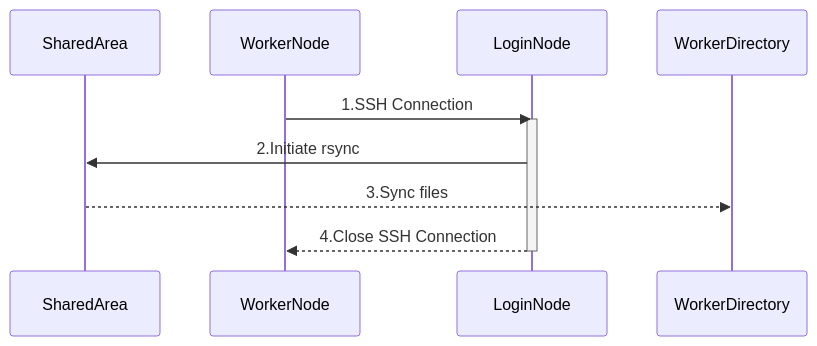
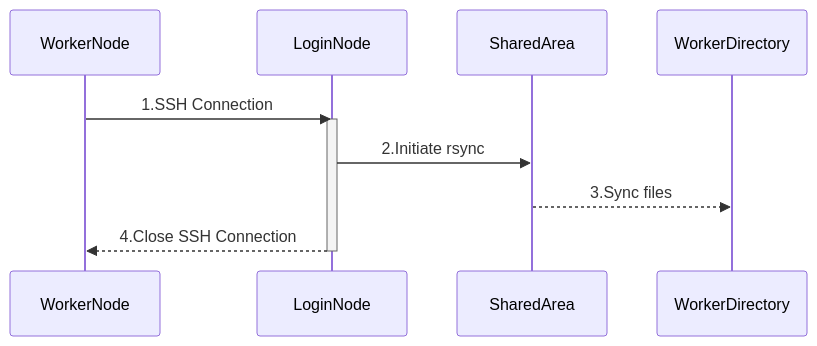
One commit to Carldkennedy/hpc_workflow_recipes changed the diagram in README.md. Above: the diagram before and after it, drawn with Mermaid.

Commit message:
Update mermaid

````diff
--- a/README.md
+++ b/README.md
@@ -7,10 +7,13 @@
 ```mermaid
 sequenceDiagram
+    participant WorkerNode
+    participant LoginNode
     participant SharedArea
+    participant WorkerDirectory
     WorkerNode->>LoginNode: 1.SSH Connection
     activate LoginNode
     LoginNode->>SharedArea: 2.Initiate rsync
     SharedArea-->>WorkerDirectory: 3.Sync files
     LoginNode-->>WorkerNode: 4.Close SSH Connection
     deactivate LoginNode
 ```
````
